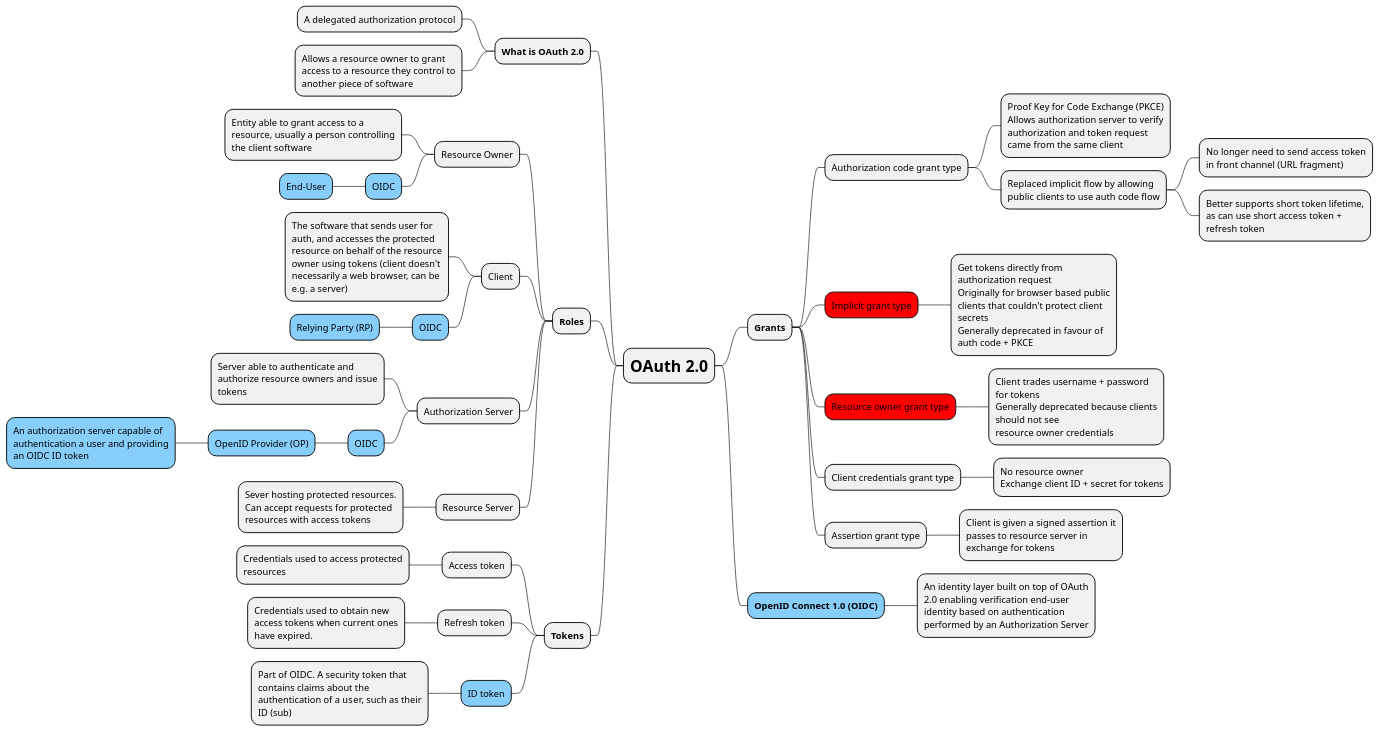
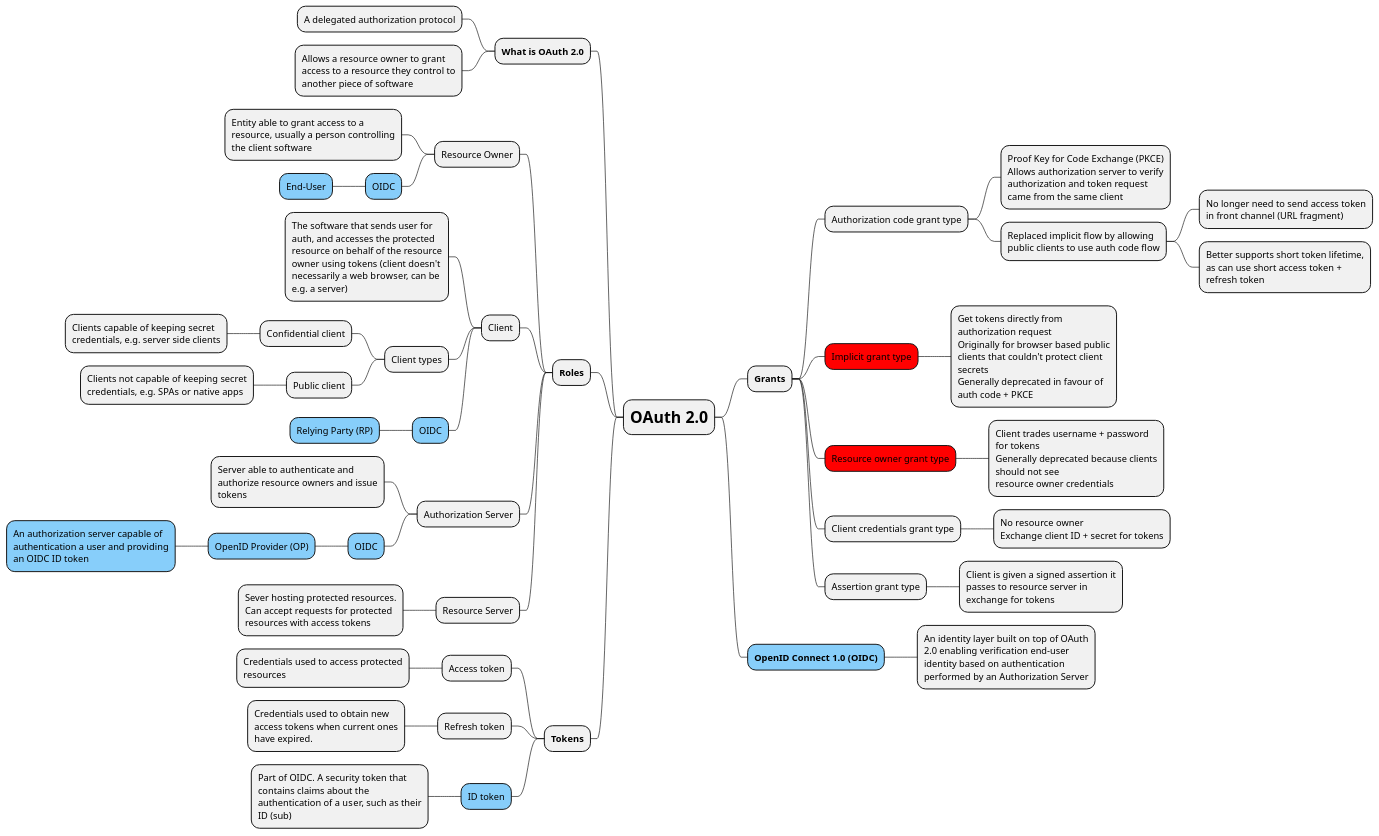
The diagram in oauth/oauth.puml (hwride/auth), drawn with PlantUML before and after one commit.

Commit message:
Add client type notes

```diff
--- a/oauth/oauth.puml
+++ b/oauth/oauth.puml
@@ -1,63 +1,68 @@
 @startmindmap
 
 <style>
 node {
     MaximumWidth 250
 }
 </style>
 
 * <size:24><b>OAuth 2.0</b></size>
 ** <b>Grants</b>
 *** Authorization code grant type
 ****:Proof Key for Code Exchange (PKCE)
 Allows authorization server to verify authorization and token request came from the same client;
 **** Replaced implicit flow by allowing public clients to use auth code flow
 ***** No longer need to send access token in front channel (URL fragment)
 ***** Better supports short token lifetime, as can use short access token + refresh token
 ***[#red] Implicit grant type
 ****:Get tokens directly from authorization request
 Originally for browser based public clients that couldn't protect client secrets
 Generally deprecated in favour of auth code + PKCE;
 ***[#red] Resource owner grant type
 ****:Client trades username + password for tokens
 Generally deprecated because clients should not see
 resource owner credentials;
 *** Client credentials grant type
 **** No resource owner\nExchange client ID + secret for tokens
 *** Assertion grant type
 **** Client is given a signed assertion it passes to resource server in exchange for tokens
 
 **[#LightSkyBlue] <b>OpenID Connect 1.0 (OIDC)</b>
 *** An identity layer built on top of OAuth 2.0 enabling verification end-user identity based on authentication performed by an Authorization Server
 
 left side
 
 ** <b>What is OAuth 2.0</b>
 *** A delegated authorization protocol
 *** Allows a resource owner to grant access to a resource they control to another piece of software
 
 ** <b>Roles</b>
 *** Resource Owner
 **** Entity able to grant access to a resource, usually a person controlling the client software
 ****[#LightSkyBlue] OIDC
 *****[#LightSkyBlue] End-User
 *** Client
 **** The software that sends user for auth, and accesses the protected resource on behalf of the resource owner using tokens (client doesn't necessarily a web browser, can be e.g. a server)
+**** Client types
+***** Confidential client
+****** Clients capable of keeping secret credentials, e.g. server side clients
+***** Public client
+****** Clients not capable of keeping secret credentials, e.g. SPAs or native apps
 ****[#LightSkyBlue] OIDC
 *****[#LightSkyBlue] Relying Party (RP)
 *** Authorization Server
 **** Server able to authenticate and authorize resource owners and issue tokens
 ****[#LightSkyBlue] OIDC
 *****[#LightSkyBlue] OpenID Provider (OP)
 ******[#LightSkyBlue] An authorization server capable of authentication a user and providing an OIDC ID token
 *** Resource Server
 **** Sever hosting protected resources. Can accept requests for protected resources with access tokens
 
 ** <b>Tokens</b>
 *** Access token
 **** Credentials used to access protected resources
 *** Refresh token
 **** Credentials used to obtain new access tokens when current ones have expired.
 ***[#LightSkyBlue] ID token
 **** Part of OIDC. A security token that contains claims about the authentication of a user, such as their ID (sub)
 @endmindmap
```
